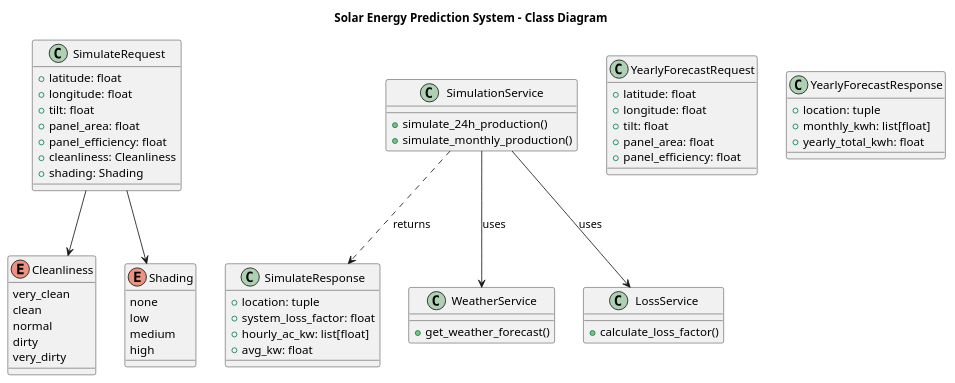
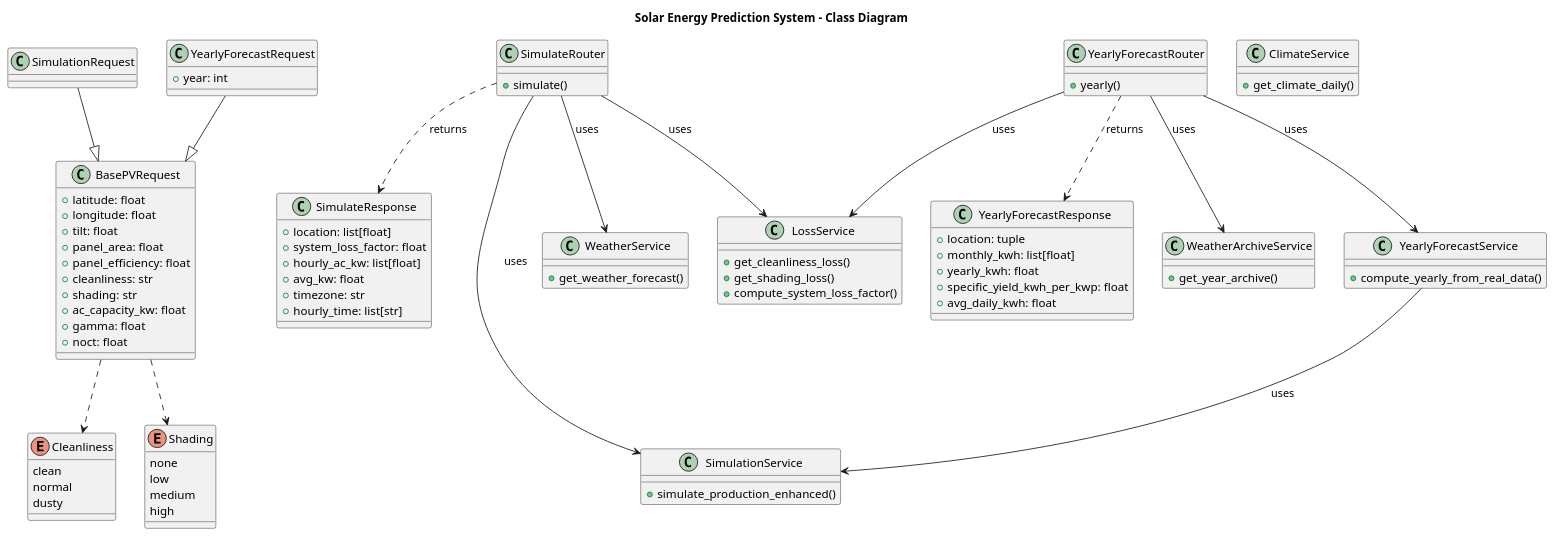
One commit to Eladszz/solar-energy-prediction changed the diagram in architecture/class_diagram.puml. Above: the diagram before and after it, drawn with PlantUML. The commit also changed 4 other files, not shown here.

Commit message:
feat: Update architecture diagrams to reflect new system components and relationships

```diff
--- a/architecture/class_diagram.puml
+++ b/architecture/class_diagram.puml
@@ -1,69 +1,106 @@
 @startuml class_diagram
 title Solar Energy Prediction System - Class Diagram
 
-class SimulateRequest {
+class BasePVRequest {
   +latitude: float
   +longitude: float
   +tilt: float
   +panel_area: float
   +panel_efficiency: float
-  +cleanliness: Cleanliness
-  +shading: Shading
+  +cleanliness: str
+  +shading: str
+  +ac_capacity_kw: float
+  +gamma: float
+  +noct: float
+}
+
+class SimulationRequest {
+}
+
+class YearlyForecastRequest {
+  +year: int
 }
 
 class SimulateResponse {
-  +location: tuple
+  +location: list[float]
   +system_loss_factor: float
   +hourly_ac_kw: list[float]
   +avg_kw: float
-}
-
-class YearlyForecastRequest {
-  +latitude: float
-  +longitude: float
-  +tilt: float
-  +panel_area: float
-  +panel_efficiency: float
+  +timezone: str
+  +hourly_time: list[str]
 }
 
 class YearlyForecastResponse {
   +location: tuple
   +monthly_kwh: list[float]
-  +yearly_total_kwh: float
+  +yearly_kwh: float
+  +specific_yield_kwh_per_kwp: float
+  +avg_daily_kwh: float
 }
 
 enum Cleanliness {
-  very_clean
   clean
   normal
-  dirty
-  very_dirty
+  dusty
 }
 
 enum Shading {
   none
   low
   medium
   high
 }
 
 class SimulationService {
-  +simulate_24h_production()
-  +simulate_monthly_production()
+  +simulate_production_enhanced()
 }
 
 class WeatherService {
   +get_weather_forecast()
 }
 
 class LossService {
-  +calculate_loss_factor()
+  +get_cleanliness_loss()
+  +get_shading_loss()
+  +compute_system_loss_factor()
 }
 
-SimulateRequest --> Cleanliness
-SimulateRequest --> Shading
-SimulationService ..> SimulateResponse : returns
-SimulationService --> WeatherService : uses
-SimulationService --> LossService : uses
+class ClimateService {
+  +get_climate_daily()
+}
+
+class WeatherArchiveService {
+  +get_year_archive()
+}
+
+class YearlyForecastService {
+  +compute_yearly_from_real_data()
+}
+
+class SimulateRouter {
+  +simulate()
+}
+
+class YearlyForecastRouter {
+  +yearly()
+}
+
+SimulationRequest --|> BasePVRequest
+YearlyForecastRequest --|> BasePVRequest
+
+BasePVRequest ..> Cleanliness
+BasePVRequest ..> Shading
+
+SimulateRouter ..> SimulateResponse : returns
+SimulateRouter --> SimulationService : uses
+SimulateRouter --> WeatherService : uses
+SimulateRouter --> LossService : uses
+
+YearlyForecastRouter ..> YearlyForecastResponse : returns
+YearlyForecastRouter --> YearlyForecastService : uses
+YearlyForecastRouter --> WeatherArchiveService : uses
+YearlyForecastRouter --> LossService : uses
+
+YearlyForecastService --> SimulationService : uses
 
 @enduml
```
